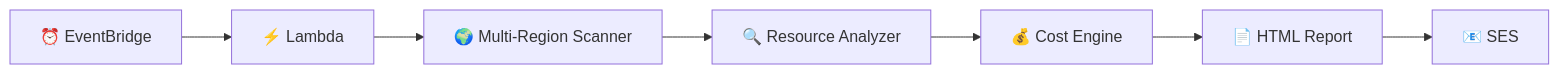
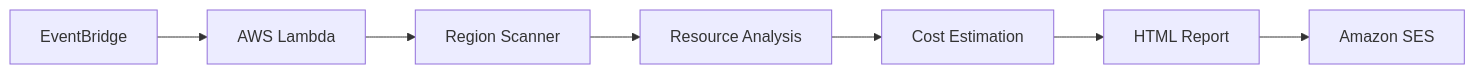
Before and after one commit to harshithrosun2705-star/harshithrosun2705-star: the first of 7 diagrams in README.md, drawn with Mermaid. The commit also changed other lines of this file, not shown here.

````diff
--- a/README.md
+++ b/README.md
@@ -321,18 +297,9 @@
 ```mermaid
 flowchart LR
-
-    A["⏰ EventBridge"]
-    B["⚡ Lambda"]
-    C["🌍 Multi-Region Scanner"]
-    D["🔍 Resource Analyzer"]
-    E["💰 Cost Engine"]
-    F["📄 HTML Report"]
-    G["📧 SES"]
-
-    A --> B
-    B --> C
-    C --> D
-    D --> E
-    E --> F
-    F --> G
+    A["EventBridge"] --> B["AWS Lambda"]
+    B --> C["Region Scanner"]
+    C --> D["Resource Analysis"]
+    D --> E["Cost Estimation"]
+    E --> F["HTML Report"]
+    F --> G["Amazon SES"]
 ```
````
